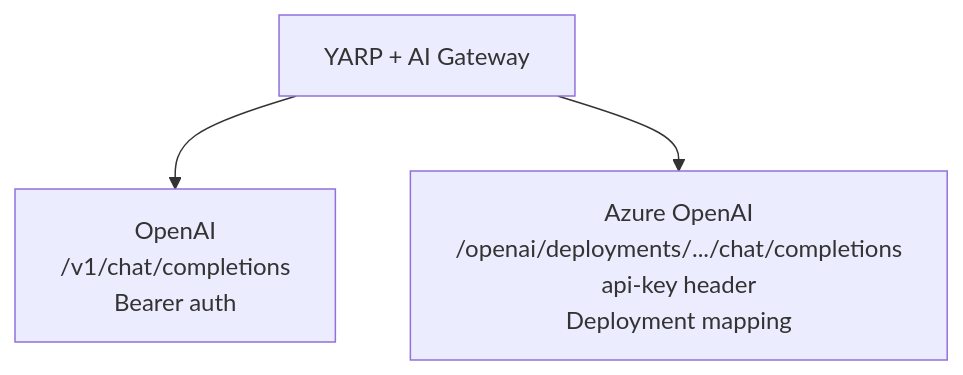
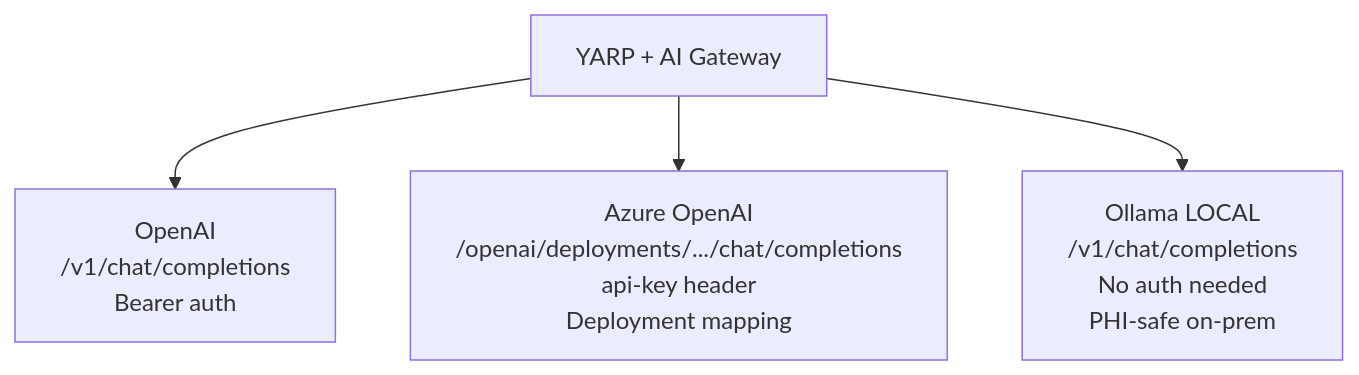
Before and after one commit to jmfloreszazo/yarp_aigateway: the eighth of 8 diagrams in README.md, drawn with Mermaid. The commit also changed other lines of this file and 8 other files, not shown here.

Commit message:
Add Ollama provider for local LLM inference and update documentation for PHI compliance

````diff
--- a/README.md
+++ b/README.md
@@ -858,5 +883,6 @@
 ```mermaid
 graph TB
     GW[YARP + AI Gateway] --> OAI[OpenAI<br/>/v1/chat/completions<br/>Bearer auth]
     GW --> AZ[Azure OpenAI<br/>/openai/deployments/.../chat/completions<br/>api-key header<br/>Deployment mapping]
+    GW --> OL[Ollama LOCAL<br/>/v1/chat/completions<br/>No auth needed<br/>PHI-safe on-prem]
 ```
````
